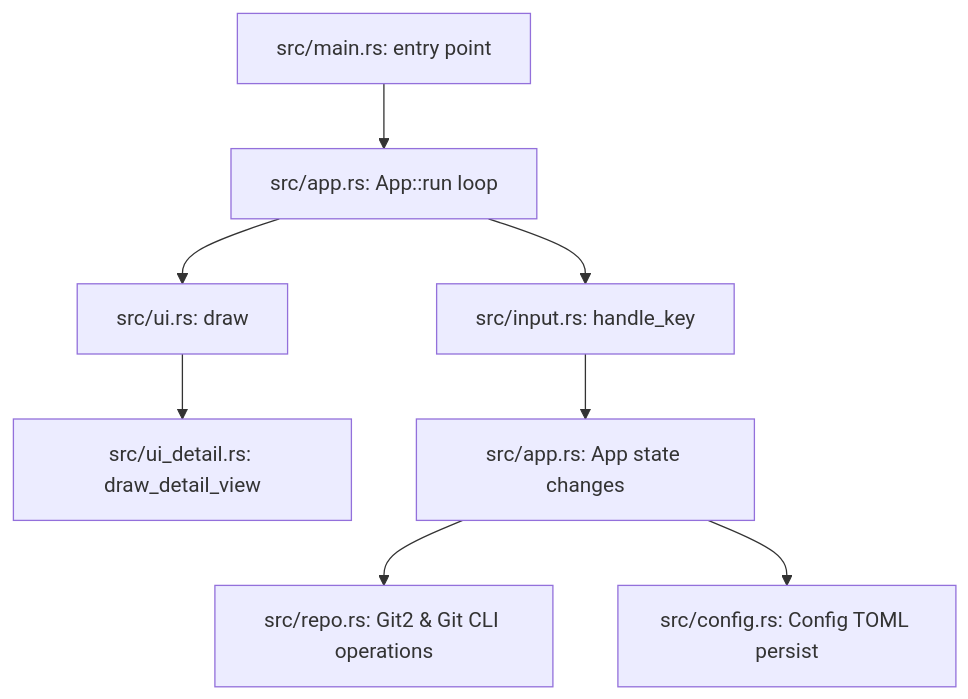
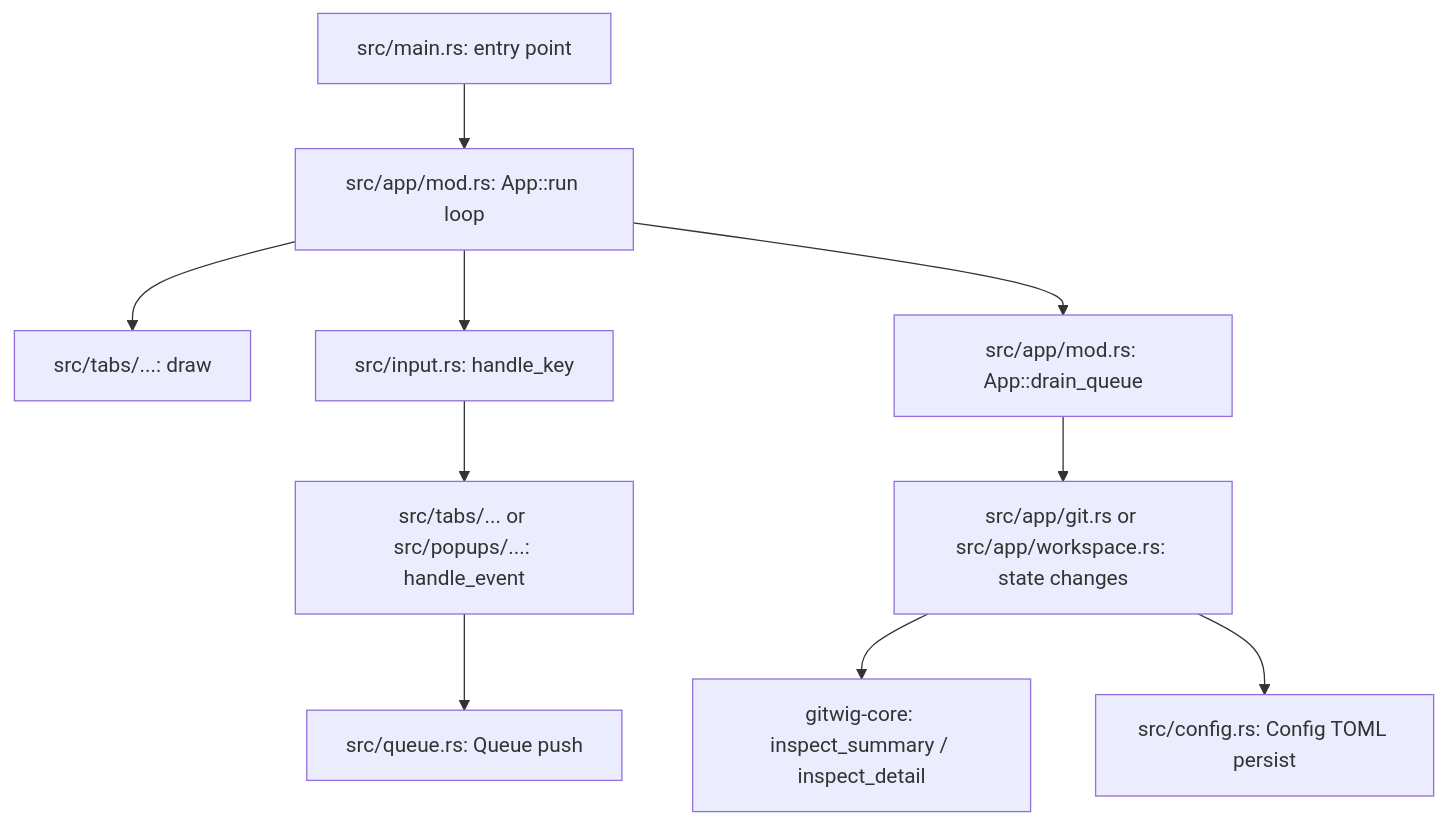
One commit to tareqmy/gitwig changed the diagram in .agent/CODEMAP.md. Above: the diagram before and after it, drawn with Mermaid. The commit also changed other lines of this file and 4 other files, not shown here.

````diff
--- a/.agent/CODEMAP.md
+++ b/.agent/CODEMAP.md
@@ -11,10 +11,12 @@
 ```mermaid
 graph TD
-    main[src/main.rs: entry point] --> app_run[src/app.rs: App::run loop]
-    app_run --> render[src/ui.rs: draw]
-    render --> ui_detail[src/ui_detail.rs: draw_detail_view]
+    main[src/main.rs: entry point] --> app_run[src/app/mod.rs: App::run loop]
+    app_run --> render[src/tabs/...: draw]
     app_run --> input[src/input.rs: handle_key]
-    input --> state_mutation[src/app.rs: App state changes]
-    state_mutation --> repo_git[src/repo.rs: Git2 & Git CLI operations]
+    input --> event_dispatch[src/tabs/... or src/popups/...: handle_event]
+    event_dispatch --> queue[src/queue.rs: Queue push]
+    app_run --> drain_queue[src/app/mod.rs: App::drain_queue]
+    drain_queue --> state_mutation[src/app/git.rs or src/app/workspace.rs: state changes]
+    state_mutation --> core_inspect[gitwig-core: inspect_summary / inspect_detail]
     state_mutation --> config_save[src/config.rs: Config TOML persist]
 ```
````
